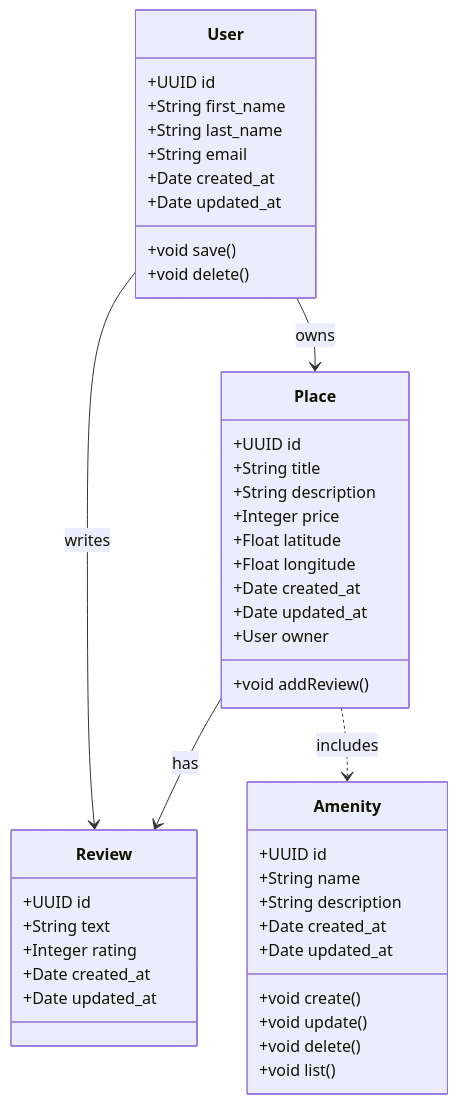
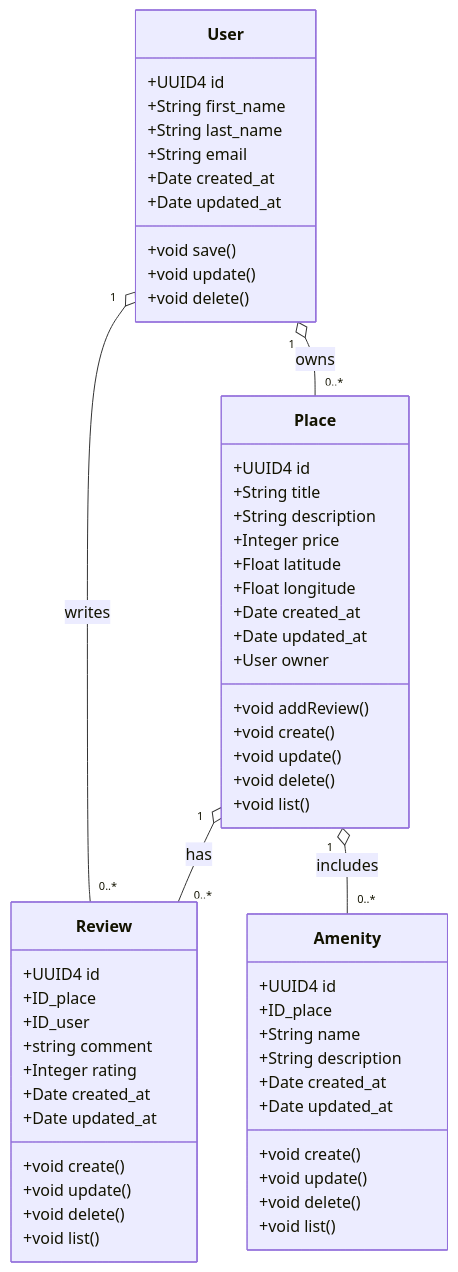
One commit to BenoitMain/holbertonschool-hbnb changed the diagram in part1/1. Detailed Class Diagram for Business Logic Layer.md. Above: the diagram before and after it, drawn with Mermaid.

Commit message:
fix: Add multiplicity  where relevant

````diff
--- a/part1/1. Detailed Class Diagram for Business Logic Layer.md
+++ b/part1/1. Detailed Class Diagram for Business Logic Layer.md
@@ -59,54 +59,65 @@
 ```mermaid
 
 classDiagram
   class User {
-      +UUID id
+      +UUID4 id
       +String first_name
       +String last_name
       +String email
       +Date created_at
       +Date updated_at
       +void save()
+      +void update()
       +void delete()
   }
 
   class Place {
-      +UUID id
+      +UUID4 id
       +String title
       +String description
       +Integer price
       +Float latitude
       +Float longitude
       +Date created_at
       +Date updated_at
       +User owner
       +void addReview()
+      +void create()
+      +void update()
+      +void delete()
+      +void list()
   }
 
   class Review {
-      +UUID id
-      +String text
+      +UUID4 id
+      +ID_place
+      +ID_user
+      +string comment
       +Integer rating
       +Date created_at
       +Date updated_at
+      +void create()
+      +void update()
+      +void delete()
+      +void list()
   }
 
   class Amenity {
-      +UUID id
+      +UUID4 id
+      +ID_place
       +String name
       +String description
       +Date created_at
       +Date updated_at
       +void create()
       +void update()
       +void delete()
       +void list()
   }
 
-  User --> Place : owns
-  User --> Review : writes
-  Place --> Review : has
-  Place ..> Amenity : includes
-
+  User  "1" o-- "0..*" Place : owns
+  User  "1" o-- "0..*" Review : writes
+  Place "1" o-- "0..*" Review : has
+  Place "1" o-- "0..*" Amenity : includes
 
 ```
````
